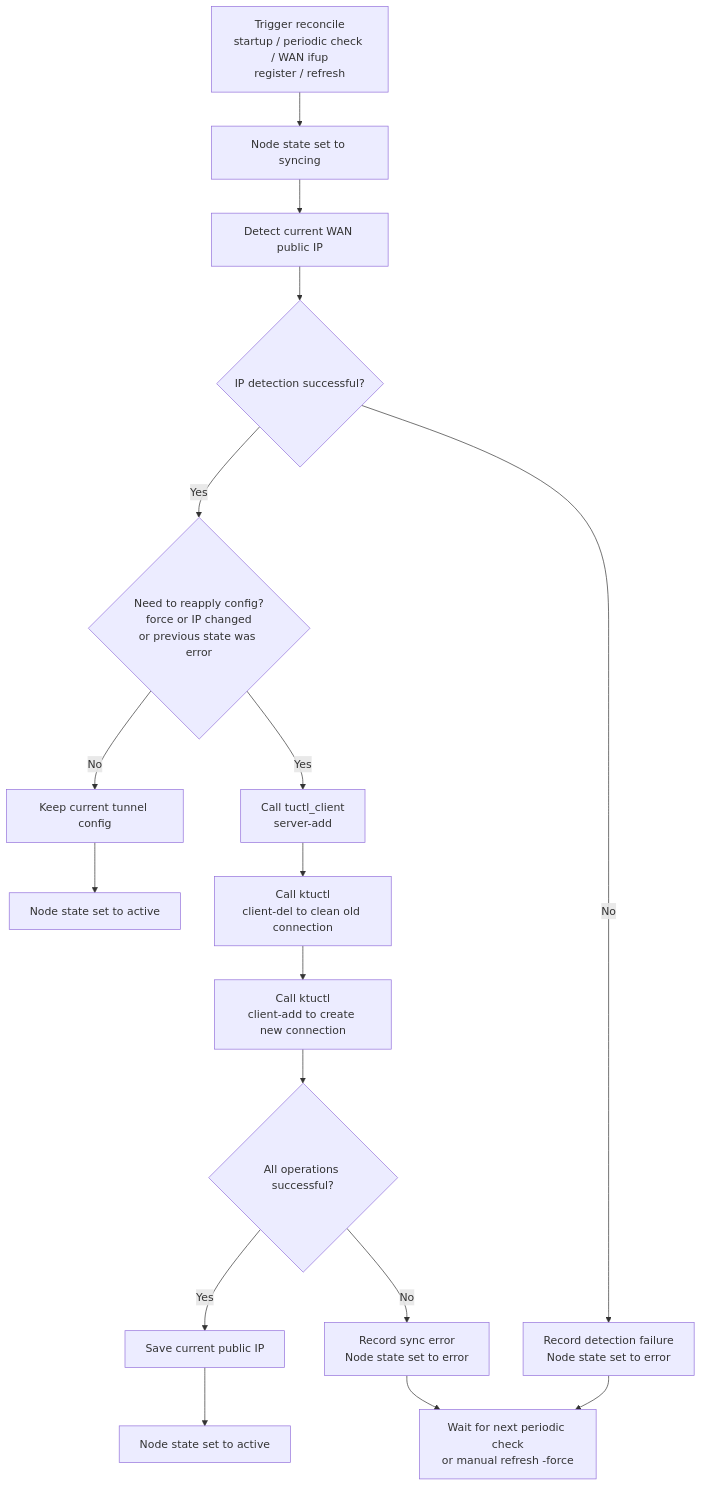
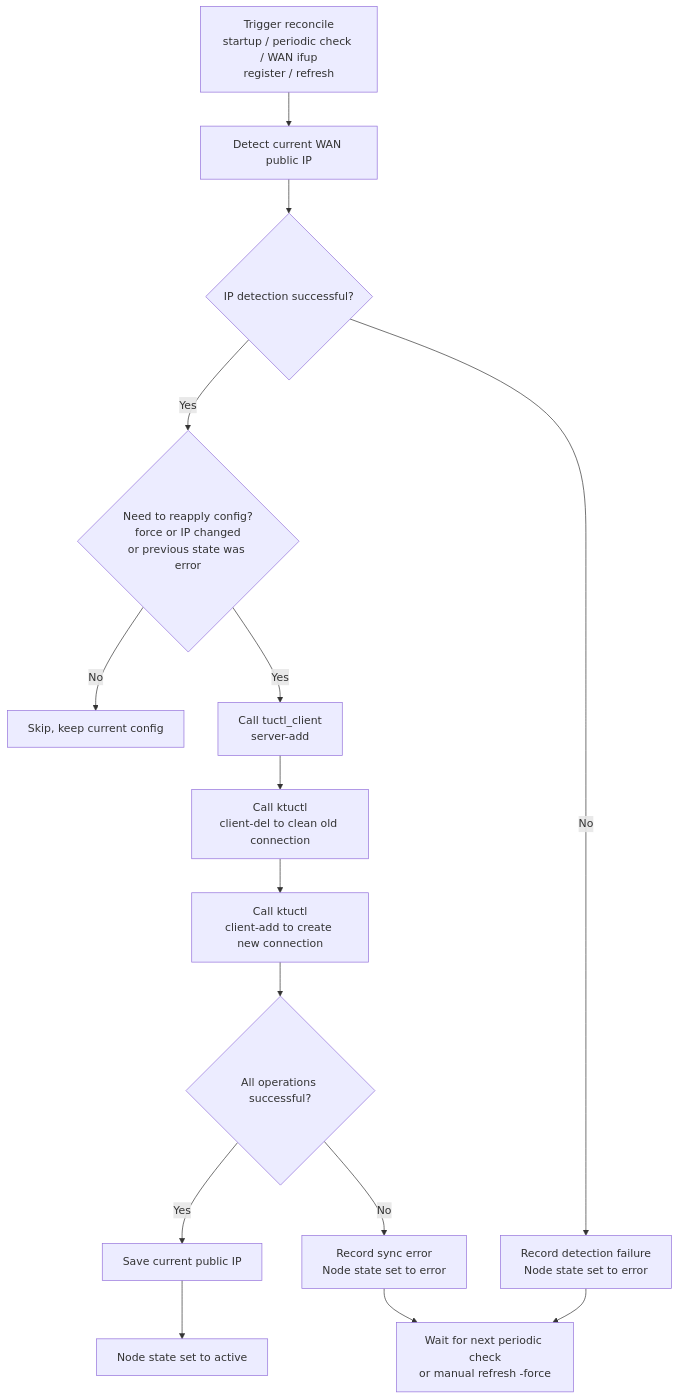
One commit to hrimfaxi/tumgrd changed the second of 6 diagrams in README.md. Above: the diagram before and after it, drawn with Mermaid. The commit also changed other lines of this file and 3 other files, not shown here.

````diff
--- a/README.md
+++ b/README.md
@@ -91,28 +91,26 @@
 ```mermaid
 flowchart TD
-    START["Trigger reconcile<br/>startup / periodic check / WAN ifup<br/>register / refresh"] --> SYNC["Node state set to syncing"]
+    START["Trigger reconcile<br/>startup / periodic check / WAN ifup<br/>register / refresh"] --> CHECK["Detect current WAN public IP"]
 
-    SYNC --> CHECK["Detect current WAN public IP"]
     CHECK --> DETECT{"IP detection successful?"}
 
     DETECT -- No --> ERROR1["Record detection failure<br/>Node state set to error"]
 
     DETECT -- Yes --> DECIDE{"Need to reapply config?<br/>force or IP changed<br/>or previous state was error"}
 
-    DECIDE -- No --> KEEP["Keep current tunnel config"]
-    KEEP --> ACTIVE1["Node state set to active"]
+    DECIDE -- No --> SKIP["Skip, keep current config"]
 
     DECIDE -- Yes --> SERVER["Call tuctl_client<br/>server-add"]
     SERVER --> LOCAL_DEL["Call ktuctl<br/>client-del to clean old connection"]
     LOCAL_DEL --> LOCAL_ADD["Call ktuctl<br/>client-add to create new connection"]
 
     LOCAL_ADD --> RESULT{"All operations successful?"}
 
     RESULT -- Yes --> SAVE["Save current public IP"]
-    SAVE --> ACTIVE2["Node state set to active"]
+    SAVE --> ACTIVE["Node state set to active"]
 
     RESULT -- No --> ERROR2["Record sync error<br/>Node state set to error"]
 
     ERROR1 --> RETRY["Wait for next periodic check<br/>or manual refresh -force"]
     ERROR2 --> RETRY
 ```
````
